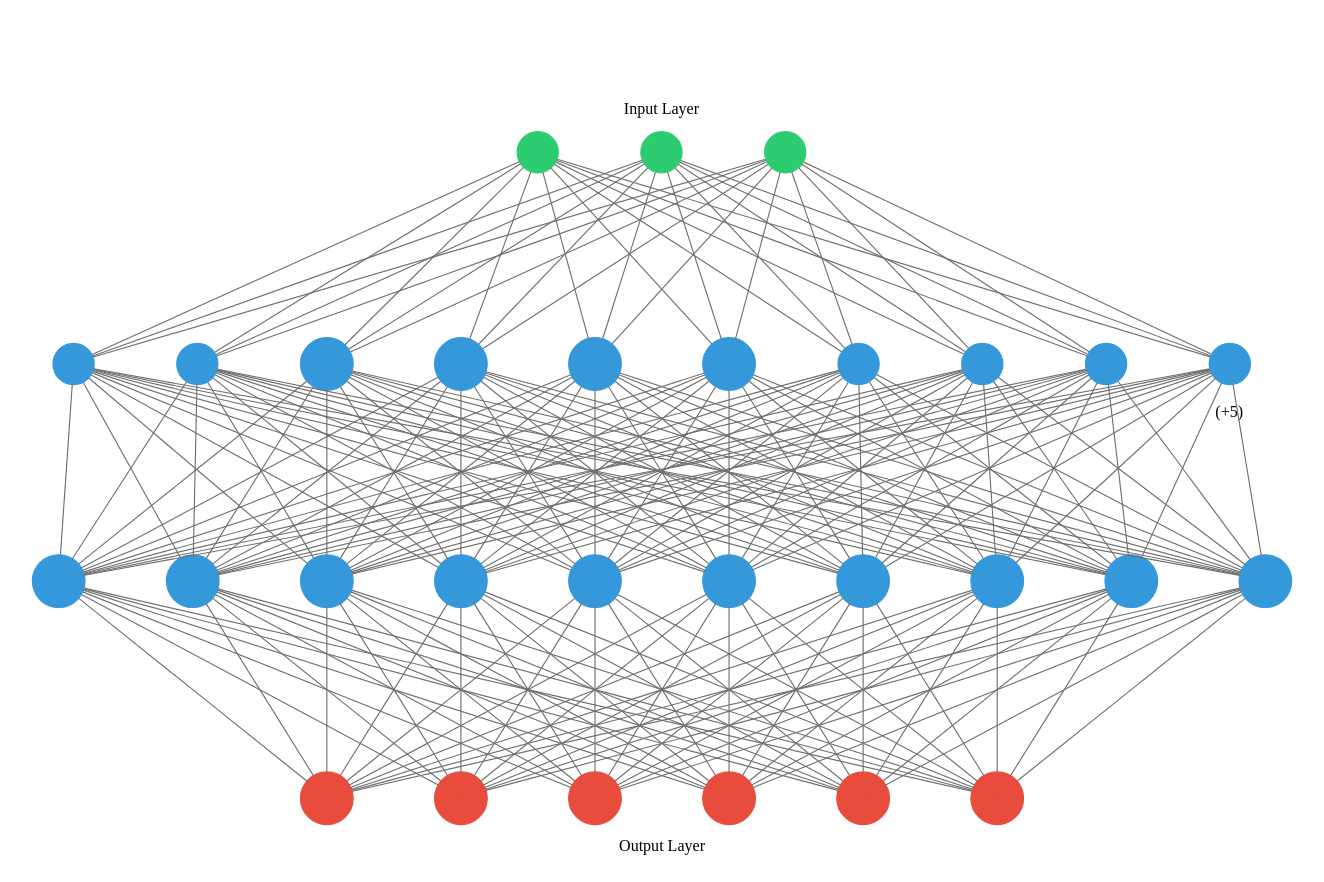
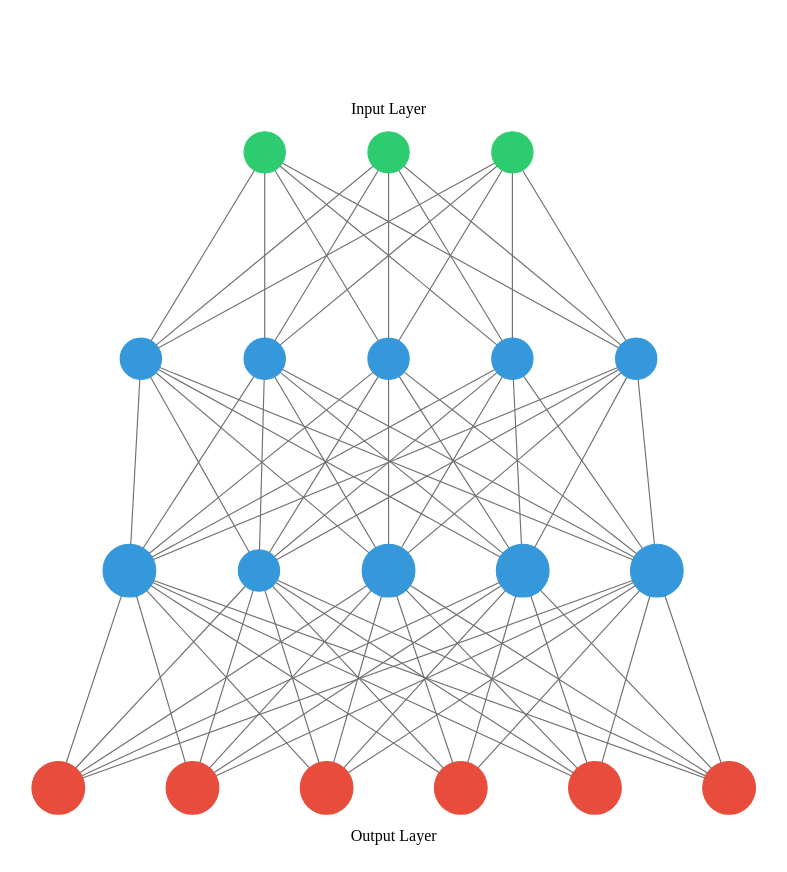
One commit to simensov/ml4ca changed the diagram in src/supervised/network.gv. Above: the diagram before and after it, drawn with Graphviz. The commit also changed 13 other files, not shown here.

```diff
--- a/src/supervised/network.gv
+++ b/src/supervised/network.gv
@@ -41,222 +41,92 @@
 	1 -> 8
 	2 -> 8
 	3 -> 8
-	1 -> 9
-	2 -> 9
-	3 -> 9
-	1 -> 10
-	2 -> 10
-	3 -> 10
-	1 -> 11
-	2 -> 11
-	3 -> 11
-	1 -> 12
-	2 -> 12
-	3 -> 12
-	1 -> 13
-	2 -> 13
-	3 -> 13
 	subgraph cluster_1 {
 		color=white
 		rank=same
-		label=" (+5)" labeljust=right labelloc=b
+		label="" labeljust=right labelloc=b
 		4 [color="#3498db" fontcolor="#3498db" shape=circle style=filled]
 		5 [color="#3498db" fontcolor="#3498db" shape=circle style=filled]
 		6 [color="#3498db" fontcolor="#3498db" shape=circle style=filled]
 		7 [color="#3498db" fontcolor="#3498db" shape=circle style=filled]
 		8 [color="#3498db" fontcolor="#3498db" shape=circle style=filled]
+	}
+	4 -> 9
+	5 -> 9
+	6 -> 9
+	7 -> 9
+	8 -> 9
+	4 -> 10
+	5 -> 10
+	6 -> 10
+	7 -> 10
+	8 -> 10
+	4 -> 11
+	5 -> 11
+	6 -> 11
+	7 -> 11
+	8 -> 11
+	4 -> 12
+	5 -> 12
+	6 -> 12
+	7 -> 12
+	8 -> 12
+	4 -> 13
+	5 -> 13
+	6 -> 13
+	7 -> 13
+	8 -> 13
+	subgraph cluster_2 {
+		color=white
+		rank=same
+		label="" labeljust=right labelloc=b
 		9 [color="#3498db" fontcolor="#3498db" shape=circle style=filled]
 		10 [color="#3498db" fontcolor="#3498db" shape=circle style=filled]
 		11 [color="#3498db" fontcolor="#3498db" shape=circle style=filled]
 		12 [color="#3498db" fontcolor="#3498db" shape=circle style=filled]
 		13 [color="#3498db" fontcolor="#3498db" shape=circle style=filled]
 	}
-	4 -> 14
-	5 -> 14
-	6 -> 14
-	7 -> 14
-	8 -> 14
 	9 -> 14
 	10 -> 14
 	11 -> 14
 	12 -> 14
 	13 -> 14
-	4 -> 15
-	5 -> 15
-	6 -> 15
-	7 -> 15
-	8 -> 15
 	9 -> 15
 	10 -> 15
 	11 -> 15
 	12 -> 15
 	13 -> 15
-	4 -> 16
-	5 -> 16
-	6 -> 16
-	7 -> 16
-	8 -> 16
 	9 -> 16
 	10 -> 16
 	11 -> 16
 	12 -> 16
 	13 -> 16
-	4 -> 17
-	5 -> 17
-	6 -> 17
-	7 -> 17
-	8 -> 17
 	9 -> 17
 	10 -> 17
 	11 -> 17
 	12 -> 17
 	13 -> 17
-	4 -> 18
-	5 -> 18
-	6 -> 18
-	7 -> 18
-	8 -> 18
 	9 -> 18
 	10 -> 18
 	11 -> 18
 	12 -> 18
 	13 -> 18
-	4 -> 19
-	5 -> 19
-	6 -> 19
-	7 -> 19
-	8 -> 19
 	9 -> 19
 	10 -> 19
 	11 -> 19
 	12 -> 19
 	13 -> 19
-	4 -> 20
-	5 -> 20
-	6 -> 20
-	7 -> 20
-	8 -> 20
-	9 -> 20
-	10 -> 20
-	11 -> 20
-	12 -> 20
-	13 -> 20
-	4 -> 21
-	5 -> 21
-	6 -> 21
-	7 -> 21
-	8 -> 21
-	9 -> 21
-	10 -> 21
-	11 -> 21
-	12 -> 21
-	13 -> 21
-	4 -> 22
-	5 -> 22
-	6 -> 22
-	7 -> 22
-	8 -> 22
-	9 -> 22
-	10 -> 22
-	11 -> 22
-	12 -> 22
-	13 -> 22
-	4 -> 23
-	5 -> 23
-	6 -> 23
-	7 -> 23
-	8 -> 23
-	9 -> 23
-	10 -> 23
-	11 -> 23
-	12 -> 23
-	13 -> 23
-	subgraph cluster_2 {
-		color=white
-		rank=same
-		label="" labeljust=right labelloc=b
-		14 [color="#3498db" fontcolor="#3498db" shape=circle style=filled]
-		15 [color="#3498db" fontcolor="#3498db" shape=circle style=filled]
-		16 [color="#3498db" fontcolor="#3498db" shape=circle style=filled]
-		17 [color="#3498db" fontcolor="#3498db" shape=circle style=filled]
-		18 [color="#3498db" fontcolor="#3498db" shape=circle style=filled]
-		19 [color="#3498db" fontcolor="#3498db" shape=circle style=filled]
-		20 [color="#3498db" fontcolor="#3498db" shape=circle style=filled]
-		21 [color="#3498db" fontcolor="#3498db" shape=circle style=filled]
-		22 [color="#3498db" fontcolor="#3498db" shape=circle style=filled]
-		23 [color="#3498db" fontcolor="#3498db" shape=circle style=filled]
-	}
-	14 -> 24
-	15 -> 24
-	16 -> 24
-	17 -> 24
-	18 -> 24
-	19 -> 24
-	20 -> 24
-	21 -> 24
-	22 -> 24
-	23 -> 24
-	14 -> 25
-	15 -> 25
-	16 -> 25
-	17 -> 25
-	18 -> 25
-	19 -> 25
-	20 -> 25
-	21 -> 25
-	22 -> 25
-	23 -> 25
-	14 -> 26
-	15 -> 26
-	16 -> 26
-	17 -> 26
-	18 -> 26
-	19 -> 26
-	20 -> 26
-	21 -> 26
-	22 -> 26
-	23 -> 26
-	14 -> 27
-	15 -> 27
-	16 -> 27
-	17 -> 27
-	18 -> 27
-	19 -> 27
-	20 -> 27
-	21 -> 27
-	22 -> 27
-	23 -> 27
-	14 -> 28
-	15 -> 28
-	16 -> 28
-	17 -> 28
-	18 -> 28
-	19 -> 28
-	20 -> 28
-	21 -> 28
-	22 -> 28
-	23 -> 28
-	14 -> 29
-	15 -> 29
-	16 -> 29
-	17 -> 29
-	18 -> 29
-	19 -> 29
-	20 -> 29
-	21 -> 29
-	22 -> 29
-	23 -> 29
 	subgraph cluster_output {
 		node [color="#2ecc71" fontcolor="#2ecc71" shape=circle style=filled]
 		color=white
 		rank=same
 		labeljust=1
-		24 [color="#e74c3c" fontcolor="#e74c3c" shape=circle style=filled]
-		25 [color="#e74c3c" fontcolor="#e74c3c" shape=circle style=filled]
-		26 [color="#e74c3c" fontcolor="#e74c3c" shape=circle style=filled]
-		27 [color="#e74c3c" fontcolor="#e74c3c" shape=circle style=filled]
-		28 [color="#e74c3c" fontcolor="#e74c3c" shape=circle style=filled]
-		29 [color="#e74c3c" fontcolor="#e74c3c" shape=circle style=filled]
+		14 [color="#e74c3c" fontcolor="#e74c3c" shape=circle style=filled]
+		15 [color="#e74c3c" fontcolor="#e74c3c" shape=circle style=filled]
+		16 [color="#e74c3c" fontcolor="#e74c3c" shape=circle style=filled]
+		17 [color="#e74c3c" fontcolor="#e74c3c" shape=circle style=filled]
+		18 [color="#e74c3c" fontcolor="#e74c3c" shape=circle style=filled]
+		19 [color="#e74c3c" fontcolor="#e74c3c" shape=circle style=filled]
 		label="Output Layer" labelloc=bottom
 	}
 	arrowShape=none
```
